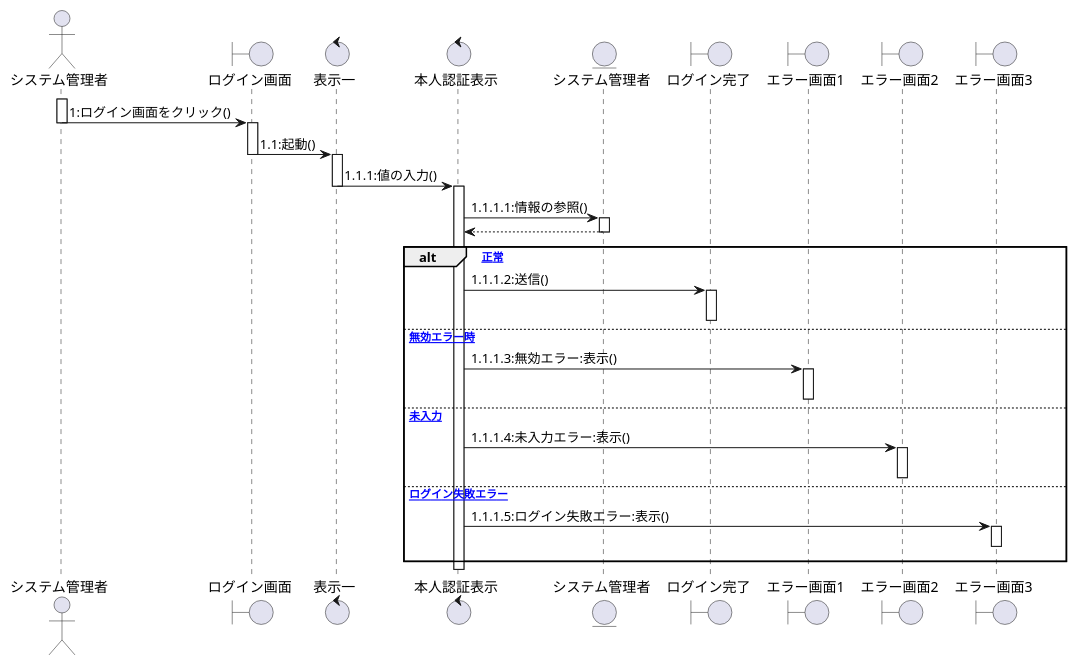
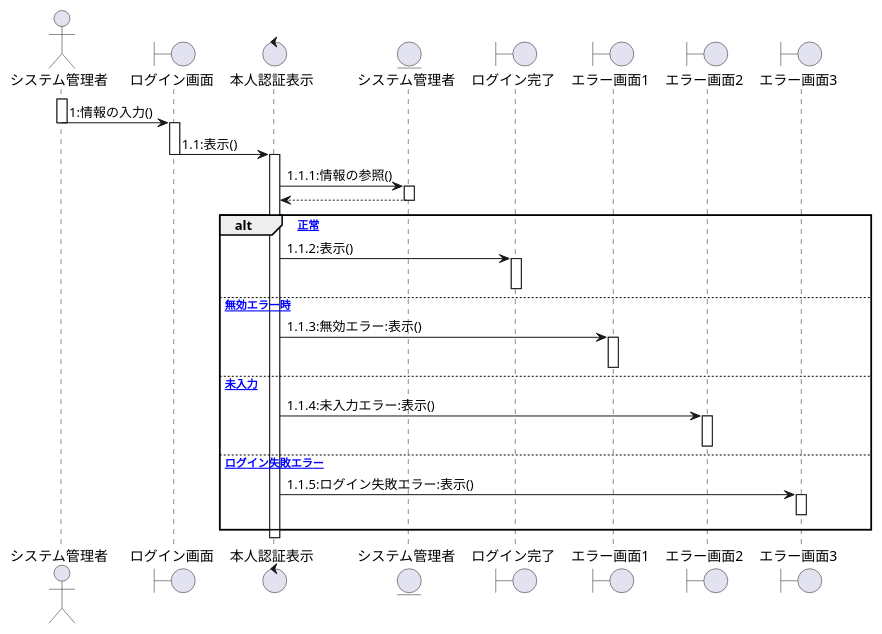
One commit to ksw2270227/GroupF changed the first of 7 diagrams in System.plantuml. Above: the diagram before and after it, drawn with PlantUML. The commit also changed other lines of this file, not shown here.

```diff
--- a/System.plantuml
+++ b/System.plantuml
@@ -1,46 +1,43 @@
 @startuml シーケンス図 ログイン
 actor システム管理者
 boundary "ログイン画面" as mein
-control "表示一" as display1
+' control "表示一" as display1
 control "本人認証表示" as certification
 entity "システム管理者" as system
 boundary "ログイン完了" as completion
 boundary "エラー画面1" as error1
 boundary "エラー画面2" as error2
 boundary "エラー画面3" as error3
 
 activate システム管理者
-システム管理者 -> mein :1:ログイン画面をクリック()
+システム管理者 -> mein :1:情報の入力()
 deactivate システム管理者
 activate mein
-mein -> display1 :1.1:起動()
+mein -> certification :1.1:表示()
 deactivate mein
-activate display1
-display1 -> certification:1.1.1:値の入力()
-deactivate display1
 activate certification
-certification -> system:1.1.1.1:情報の参照()
+certification -> system:1.1.1:情報の参照()
 activate system
 system --> certification
 deactivate system
 
 alt [正常]
-    certification -> completion :1.1.1.2:送信()
+    certification -> completion :1.1.2:表示()
 activate completion
 deactivate completion
 else [無効エラー時]
-    certification -> error1 :1.1.1.3:無効エラー:表示()
+    certification -> error1 :1.1.3:無効エラー:表示()
 activate error1
 deactivate error1
 else [未入力]
-    certification -> error2 :1.1.1.4:未入力エラー:表示()
+    certification -> error2 :1.1.4:未入力エラー:表示()
 activate error2
 deactivate error2
 else [ログイン失敗エラー]
-    certification -> error3:1.1.1.5:ログイン失敗エラー:表示()
+    certification -> error3:1.1.5:ログイン失敗エラー:表示()
 activate error3
 error3 -[hidden]-> error3
 deactivate error3
 end
 
 @enduml
```
